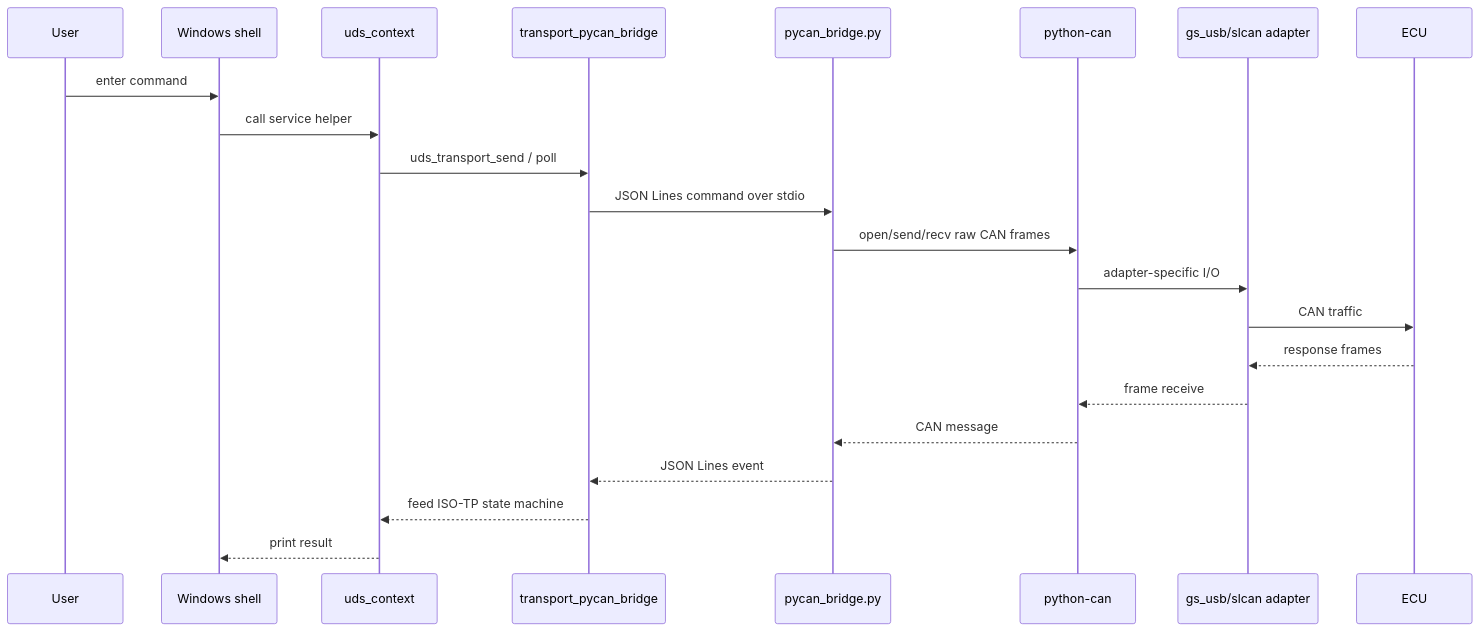
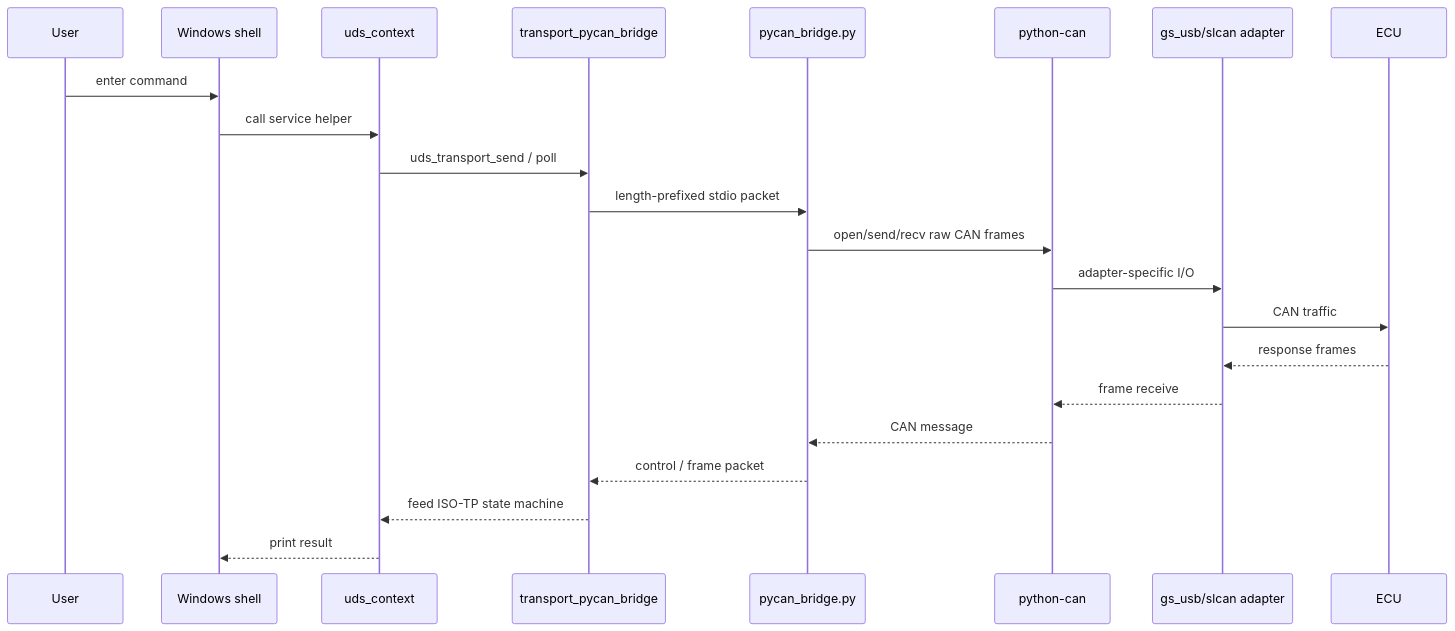
The fourth of 5 diagrams in examples/rtt_server/docs/architecture.md (wdfk-prog/iso14229), drawn with Mermaid before and after one commit. The commit also changed other lines of this file and 10 other files, not shown here.

````diff
--- a/examples/rtt_server/docs/architecture.md
+++ b/examples/rtt_server/docs/architecture.md
@@ -107,25 +107,25 @@
 ```mermaid
 sequenceDiagram
     participant User
     participant Shell as Windows shell
     participant Client as uds_context
     participant TP as transport_pycan_bridge
     participant Bridge as pycan_bridge.py
     participant PyCan as python-can
     participant Adapter as gs_usb/slcan adapter
     participant ECU
 
     User->>Shell: enter command
     Shell->>Client: call service helper
     Client->>TP: uds_transport_send / poll
-    TP->>Bridge: JSON Lines command over stdio
+    TP->>Bridge: length-prefixed stdio packet
     Bridge->>PyCan: open/send/recv raw CAN frames
     PyCan->>Adapter: adapter-specific I/O
     Adapter->>ECU: CAN traffic
     ECU-->>Adapter: response frames
     Adapter-->>PyCan: frame receive
     PyCan-->>Bridge: CAN message
-    Bridge-->>TP: JSON Lines event
+    Bridge-->>TP: control / frame packet
     TP-->>Client: feed ISO-TP state machine
     Client-->>Shell: print result
 ```
````
